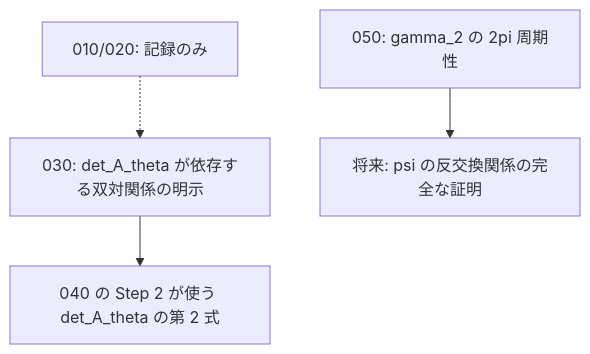
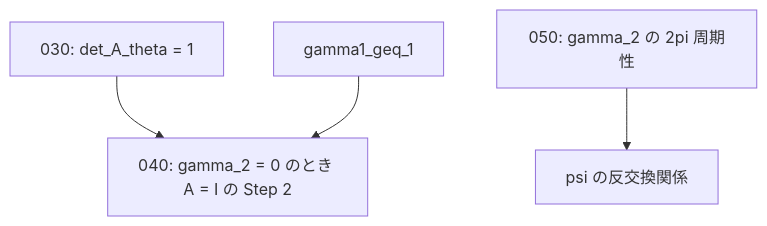
The diagram in exact-solution-of-2d-ising-model/docs/tasks/2026-07_original-text-gaps/README.md (masaori/math), drawn with Mermaid before and after one commit. The commit also changed other lines of this file and 4 other files, not shown here.

````diff
--- a/exact-solution-of-2d-ising-model/docs/tasks/2026-07_original-text-gaps/README.md
+++ b/exact-solution-of-2d-ising-model/docs/tasks/2026-07_original-text-gaps/README.md
@@ -39,6 +53,6 @@
 ```mermaid
 graph TD
-    A[030: det_A_theta が依存する双対関係の明示] --> B[040 の Step 2 が使う det_A_theta の第 2 式]
-    C[050: gamma_2 の 2pi 周期性] --> D[将来: psi の反交換関係の完全な証明]
-    A2[010/020: 記録のみ] -.-> A
+    A[030: det_A_theta = 1] --> B[040: gamma_2 = 0 のとき A = I の Step 2]
+    C[gamma1_geq_1] --> B
+    D[050: gamma_2 の 2pi 周期性] --> E[psi の反交換関係]
 ```
````
